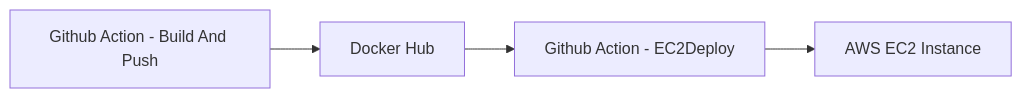
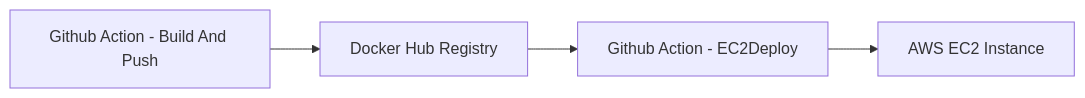
One commit to Balaguru4580/TimeFlow changed the diagram in README.md. Above: the diagram before and after it, drawn with Mermaid.

````diff
--- a/README.md
+++ b/README.md
@@ -25,6 +25,6 @@
 ```mermaid
 graph LR
-  G[Github Action - Build And Push] --> H[Docker Hub]
+  G[Github Action - Build And Push] --> H[Docker Hub Registry]
   H --> I[Github Action - EC2Deploy]
   I --> J[AWS EC2 Instance]
 ```
````
